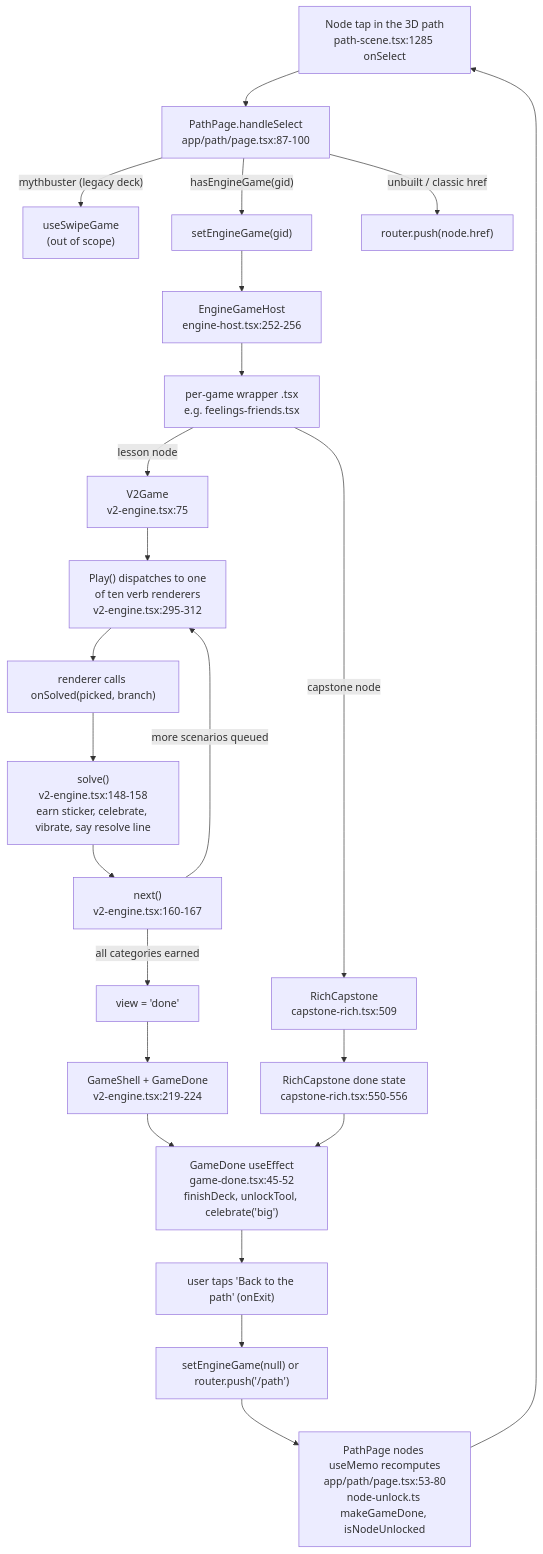
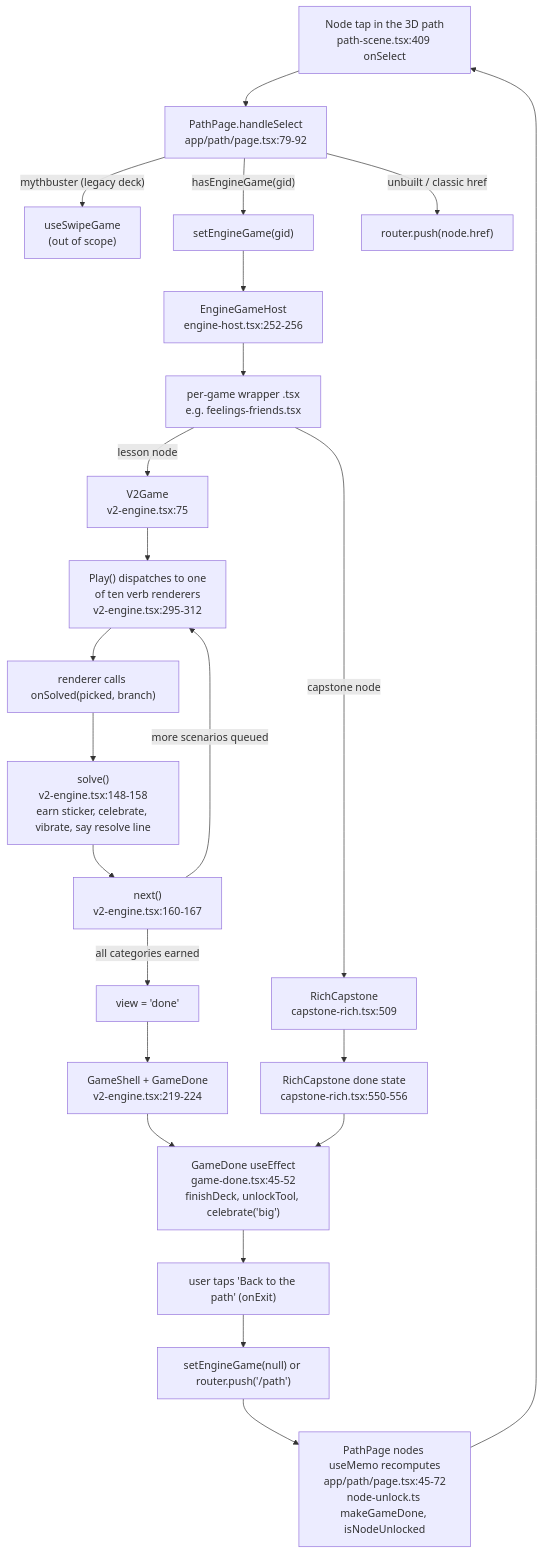
Before and after one commit to priyanshuj0410-code/swipeed-equal-lens: the diagram in knowledge/architecture/v2-engine.md, drawn with Mermaid. The commit also changed other lines of this file and 1 other file, not shown here.

````diff
--- a/knowledge/architecture/v2-engine.md
+++ b/knowledge/architecture/v2-engine.md
@@ -54,25 +54,25 @@
 ```mermaid
 flowchart TD
-    A["Node tap in the 3D path<br/>path-scene.tsx:1285 onSelect"] --> B["PathPage.handleSelect<br/>app/path/page.tsx:87-100"]
+    A["Node tap in the 3D path<br/>path-scene.tsx:409 onSelect"] --> B["PathPage.handleSelect<br/>app/path/page.tsx:79-92"]
     B -->|"mythbuster (legacy deck)"| C["useSwipeGame<br/>(out of scope)"]
     B -->|"hasEngineGame(gid)"| D["setEngineGame(gid)"]
     B -->|"unbuilt / classic href"| E["router.push(node.href)"]
     D --> F["EngineGameHost<br/>engine-host.tsx:252-256"]
     F --> G["per-game wrapper .tsx<br/>e.g. feelings-friends.tsx"]
     G -->|"lesson node"| H["V2Game<br/>v2-engine.tsx:75"]
     G -->|"capstone node"| I["RichCapstone<br/>capstone-rich.tsx:509"]
     H --> J["Play() dispatches to one<br/>of ten verb renderers<br/>v2-engine.tsx:295-312"]
     J --> K["renderer calls onSolved(picked, branch)"]
     K --> L["solve()<br/>v2-engine.tsx:148-158<br/>earn sticker, celebrate, vibrate, say resolve line"]
     L --> M["next()<br/>v2-engine.tsx:160-167"]
     M -->|"more scenarios queued"| J
     M -->|"all categories earned"| N["view = 'done'"]
     N --> O["GameShell + GameDone<br/>v2-engine.tsx:219-224"]
     I --> O2["RichCapstone done state<br/>capstone-rich.tsx:550-556"]
     O --> P["GameDone useEffect<br/>game-done.tsx:45-52<br/>finishDeck, unlockTool, celebrate('big')"]
     O2 --> P
     P --> Q["user taps 'Back to the path' (onExit)"]
     Q --> R["setEngineGame(null) or router.push('/path')"]
-    R --> S["PathPage nodes useMemo recomputes<br/>app/path/page.tsx:53-80<br/>node-unlock.ts makeGameDone, isNodeUnlocked"]
+    R --> S["PathPage nodes useMemo recomputes<br/>app/path/page.tsx:45-72<br/>node-unlock.ts makeGameDone, isNodeUnlocked"]
     S --> A
 ```
````
